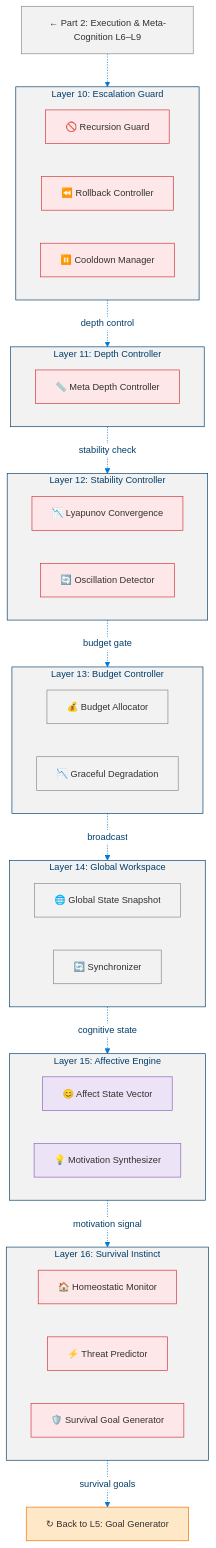
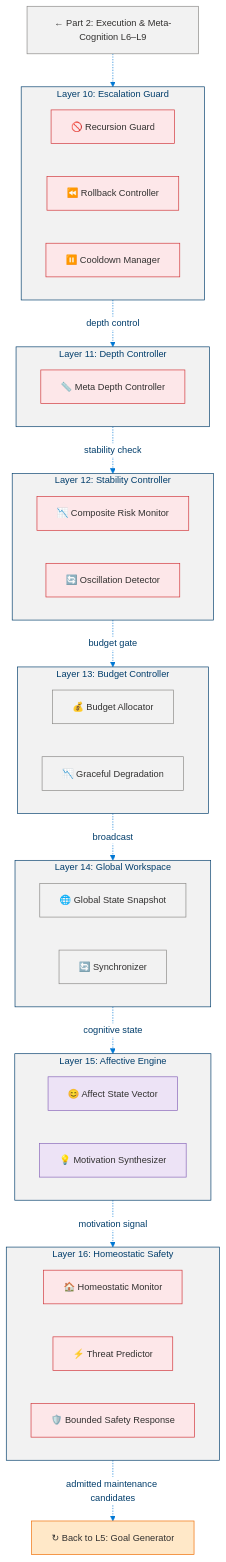
The fourth of 19 diagrams in docs/levels/Level_3_Self_Regulating_Agent.md (dotnetpower/mscp), drawn with Mermaid before and after one commit. The commit also changed other lines of this file and 21 other files, not shown here.

````diff
--- a/docs/levels/Level_3_Self_Regulating_Agent.md
+++ b/docs/levels/Level_3_Self_Regulating_Agent.md
@@ -315,65 +355,65 @@
 ```mermaid
 %%{init: {'theme': 'base', 'themeVariables': {'primaryColor': '#0078D4', 'primaryTextColor': '#003D6B', 'primaryBorderColor': '#003D6B', 'secondaryColor': '#50E6FF', 'secondaryTextColor': '#323130', 'secondaryBorderColor': '#00BCF2', 'tertiaryColor': '#F2F2F2', 'tertiaryTextColor': '#323130', 'lineColor': '#0078D4', 'textColor': '#323130', 'mainBkg': '#DEECF9', 'nodeBorder': '#0078D4', 'clusterBkg': '#F2F2F2', 'clusterBorder': '#003D6B', 'titleColor': '#003D6B', 'edgeLabelBackground': '#FFFFFF', 'fontSize': '14px'}}}%%
 flowchart TD
   classDef safety fill:#FDE7E9,stroke:#D13438,color:#323130
   classDef infra fill:#F2F2F2,stroke:#8A8886,color:#323130
   classDef affect fill:#EDE3F6,stroke:#8764B8,color:#323130
   classDef goal fill:#FFE8C8,stroke:#EF6C00,color:#323130
   classDef neutral fill:#F2F2F2,stroke:#8A8886,color:#323130
 
   PREV["← Part 2: Execution & Meta-Cognition L6–L9"]:::neutral
 
   subgraph L10["Layer 10: Escalation Guard"]
     direction LR
     RG10["🚫 Recursion Guard"]:::safety
     RC10["⏪ Rollback Controller"]:::safety
     CDM10["⏸️ Cooldown Manager"]:::safety
   end
 
   subgraph L11["Layer 11: Depth Controller"]
     direction LR
     MDC11["📏 Meta Depth Controller"]:::safety
   end
 
   subgraph L12["Layer 12: Stability Controller"]
     direction LR
-    LYA12["📉 Lyapunov Convergence"]:::safety
+    LYA12["📉 Composite Risk Monitor"]:::safety
     OD12["🔄 Oscillation Detector"]:::safety
   end
 
   subgraph L13["Layer 13: Budget Controller"]
     direction LR
     BA13["💰 Budget Allocator"]:::infra
     GDG13["📉 Graceful Degradation"]:::infra
   end
 
   subgraph L14["Layer 14: Global Workspace"]
     direction LR
     GSS14["🌐 Global State Snapshot"]:::infra
     SYN14["🔄 Synchronizer"]:::infra
   end
 
   subgraph L15["Layer 15: Affective Engine"]
     direction LR
     ASV15["😊 Affect State Vector"]:::affect
     MS15["💡 Motivation Synthesizer"]:::affect
   end
 
-  subgraph L16["Layer 16: Survival Instinct"]
+  subgraph L16["Layer 16: Homeostatic Safety"]
     direction LR
     HM16["🏠 Homeostatic Monitor"]:::safety
     TP16["⚡ Threat Predictor"]:::safety
-    SGG16["🛡️ Survival Goal Generator"]:::safety
+    SGG16["🛡️ Bounded Safety Response"]:::safety
   end
 
   GOAL_GEN["↻ Back to L5: Goal Generator"]:::goal
 
   PREV -.-> L10
   L10 -.->|depth control| L11
   L11 -.->|stability check| L12
   L12 -.->|budget gate| L13
   L13 -.->|broadcast| L14
   L14 -.->|cognitive state| L15
   L15 -.->|motivation signal| L16
-  L16 -.->|survival goals| GOAL_GEN
+  L16 -.->|admitted maintenance candidates| GOAL_GEN
 ```
````
